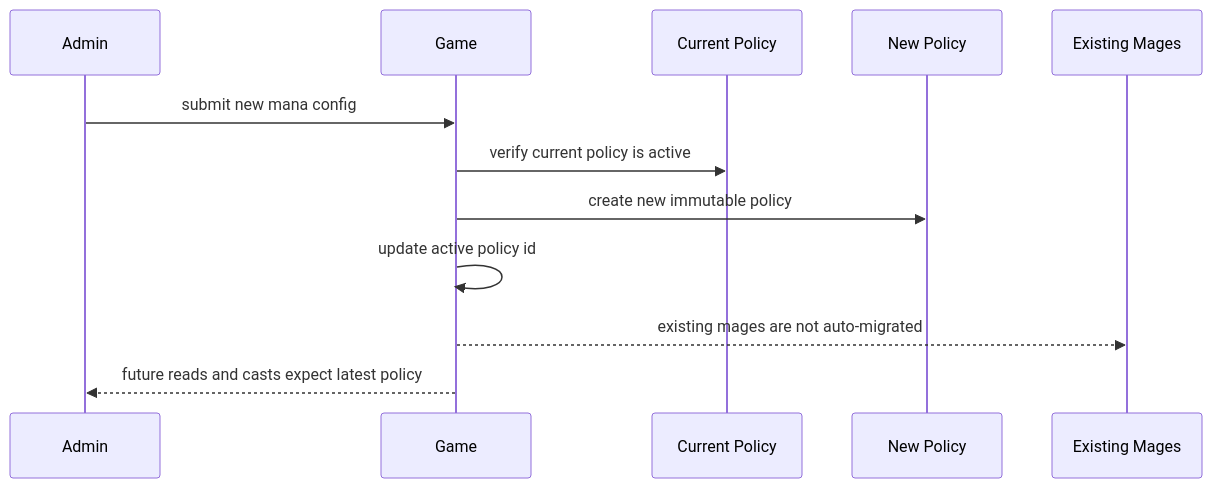
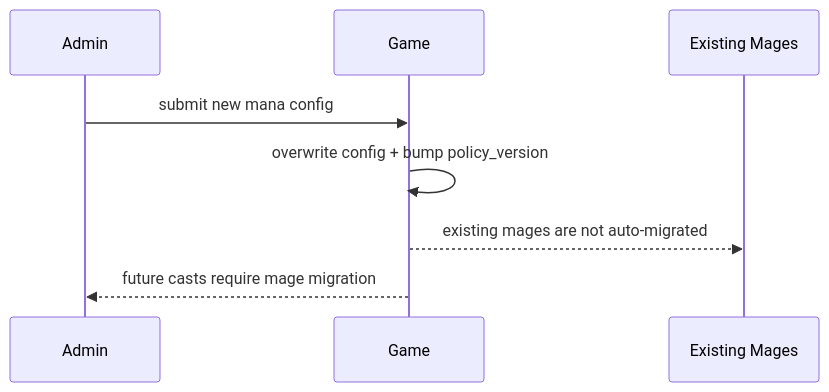
The sixth of 7 diagrams in README.md (0xNeshi/rate-limiter-proposal), drawn with Mermaid before and after one commit. The commit also changed other lines of this file and 7 other files, not shown here.

````diff
--- a/README.md
+++ b/README.md
@@ -378,15 +210,11 @@
 ```mermaid
 sequenceDiagram
     participant Admin
     participant Game
-    participant CurrentPolicy as Current Policy
-    participant NewPolicy as New Policy
     participant Mages as Existing Mages
 
     Admin->>Game: submit new mana config
-    Game->>CurrentPolicy: verify current policy is active
-    Game->>NewPolicy: create new immutable policy
-    Game->>Game: update active policy id
+    Game->>Game: overwrite config + bump policy_version
     Game-->>Mages: existing mages are not auto-migrated
-    Game-->>Admin: future reads and casts expect latest policy
+    Game-->>Admin: future casts require mage migration
 ```
````
